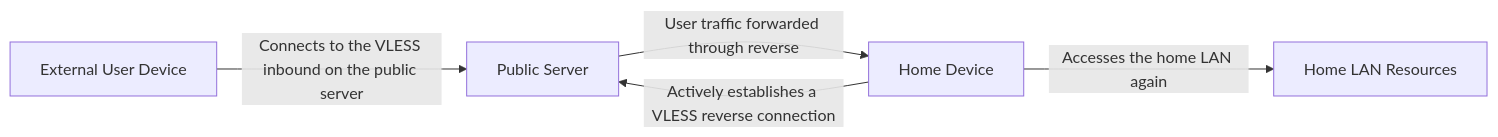
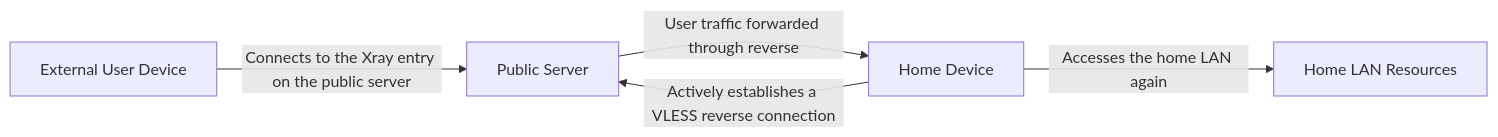
One commit to XTLS/Xray-docs-next changed the third of 6 diagrams in docs/en/document/level-2/vless_reverse.md. Above: the diagram before and after it, drawn with Mermaid. The commit also changed other lines of this file and 2 other files, not shown here.

First line of the commit message:
Update VLESS Reverse Proxy Again

````diff
--- a/docs/en/document/level-2/vless_reverse.md
+++ b/docs/en/document/level-2/vless_reverse.md
@@ -223,12 +223,12 @@
 ```mermaid
 flowchart LR
     U[External User Device]
     S[Public Server]
     I[Home Device]
     H[Home LAN Resources]
 
     I -- Actively establishes a VLESS reverse connection --> S
-    U -- Connects to the VLESS inbound on the public server --> S
+    U -- Connects to the Xray entry on the public server --> S
     S -- User traffic forwarded through reverse --> I
     I -- Accesses the home LAN again --> H
 ```
````
